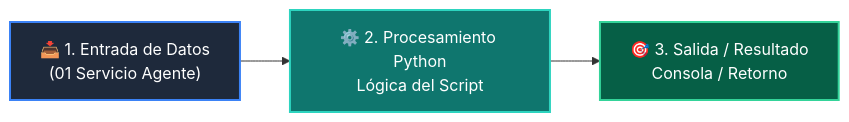
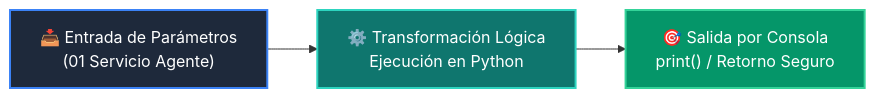
One commit to wisrovi/wisrovi-python changed the diagram in 04-proyecto-final/clase-05-integracion-agente-ia/ejemplos/ejemplo_01_servicio_agente/README.md. Above: the diagram before and after it, drawn with Mermaid. The commit also changed other lines of this file and 226 other files, not shown here.

Commit message:
docs: elevate all repository READMEs to world-class mastery standard with rich pedagogical architecture, custom Mermaids, and professional styling

````diff
--- a/04-proyecto-final/clase-05-integracion-agente-ia/ejemplos/ejemplo_01_servicio_agente/README.md
+++ b/04-proyecto-final/clase-05-integracion-agente-ia/ejemplos/ejemplo_01_servicio_agente/README.md
@@ -12,9 +19,9 @@
 ```mermaid
 flowchart LR
-    A["📥 1. Entrada de Datos<br/>(01 Servicio Agente)"] --> B["⚙️ 2. Procesamiento Python<br/>Lógica del Script"]
-    B --> C["🎯 3. Salida / Resultado<br/>Consola / Retorno"]
+    A["📥 Entrada de Parámetros<br/>(01 Servicio Agente)"] --> B["⚙️ Transformación Lógica<br/>Ejecución en Python"]
+    B --> C["🎯 Salida por Consola<br/>print() / Retorno Seguro"]
 
-    style A fill:#1e293b,color:#fff,stroke:#3b82f6,stroke-width:2px
-    style B fill:#0f766e,color:#fff,stroke:#2dd4bf,stroke-width:2px
-    style C fill:#065f46,color:#fff,stroke:#34d399,stroke-width:2px
+    style A fill:#1e293b,color:#ffffff,stroke:#3b82f6,stroke-width:2px
+    style B fill:#0f766e,color:#ffffff,stroke:#2dd4bf,stroke-width:2px
+    style C fill:#059669,color:#ffffff,stroke:#34d399,stroke-width:2px
 ```
````
